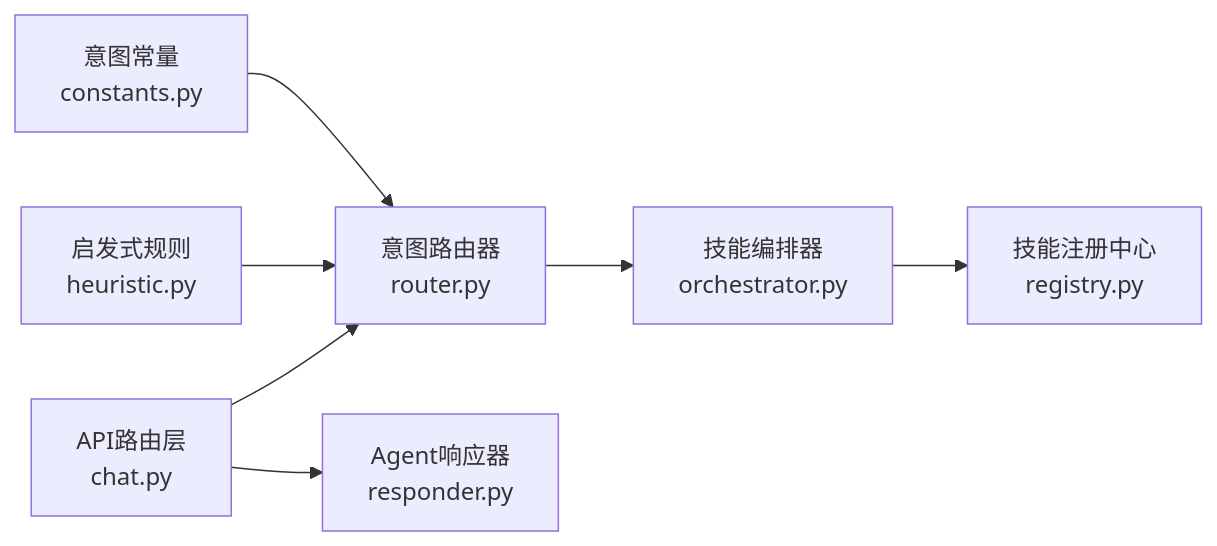
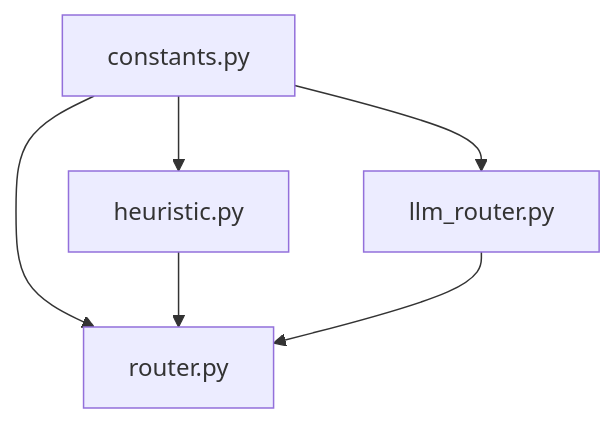
The seventh of 7 diagrams in .qoder/repowiki/zh/content/核心模块设计/AI Agent系统/意图识别与路由/意图常量定义.md (zmdhdu/NexusCockpit), drawn with Mermaid before and after one commit. The commit also changed other lines of this file and 23 other files, not shown here.

````diff
--- a/.qoder/repowiki/zh/content/核心模块设计/AI Agent系统/意图识别与路由/意图常量定义.md
+++ b/.qoder/repowiki/zh/content/核心模块设计/AI Agent系统/意图识别与路由/意图常量定义.md
@@ -291,9 +267,8 @@
 ```mermaid
-graph LR
-Const["意图常量<br/>constants.py"] --> Router["意图路由器<br/>router.py"]
-Heur["启发式规则<br/>heuristic.py"] --> Router
-Router --> Orch["技能编排器<br/>orchestrator.py"]
-Orch --> Reg["技能注册中心<br/>registry.py"]
-API["API路由层<br/>chat.py"] --> Router
-API --> Resp["Agent响应器<br/>responder.py"]
+graph TB
+CT["constants.py"] --> HEU["heuristic.py"]
+CT --> ROUTER["router.py"]
+CT --> LLRR["llm_router.py"]
+HEU --> ROUTER
+LLRR --> ROUTER
 ```
````
